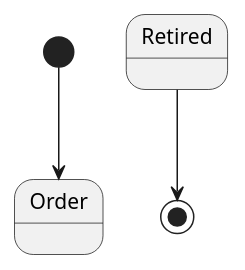
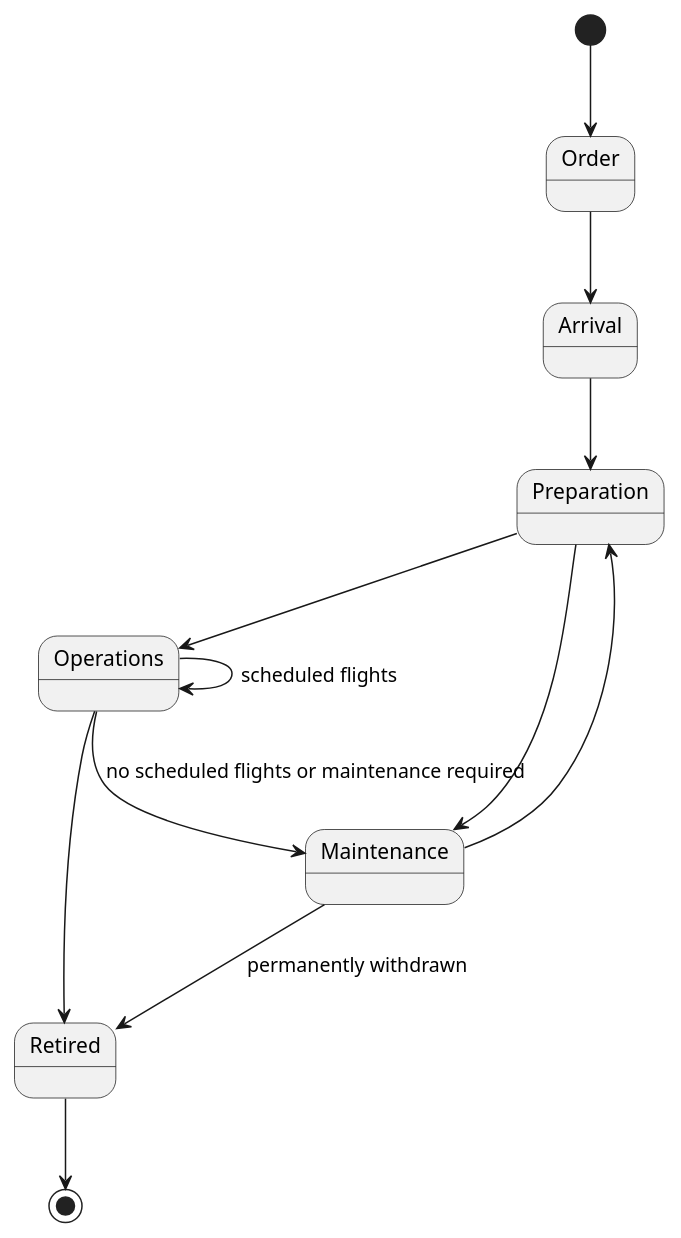
The diagram in results/plantuml_pipeline/runs/open_source__deepseek_r1_14b__rag_validation_generator_critic_repair/case_65_plane/run_01.repair_01.puml (maimunafaria/State_transition_Diagram_generated_by_LLM), drawn with PlantUML before and after one commit. The commit also changed 584 other files, not shown here.

```diff
--- a/results/plantuml_pipeline/runs/open_source__deepseek_r1_14b__rag_validation_generator_critic_repair/case_65_plane/run_01.repair_01.puml
+++ b/results/plantuml_pipeline/runs/open_source__deepseek_r1_14b__rag_validation_generator_critic_repair/case_65_plane/run_01.repair_01.puml
@@ -1,4 +1,13 @@
 @startuml
 [*] --> Order
+Order --> Arrival
+Arrival --> Preparation
+Preparation --> Operations
+Preparation --> Maintenance
+Operations --> Operations : scheduled flights
+Operations --> Maintenance : no scheduled flights or maintenance required
+Maintenance --> Preparation
+Maintenance --> Retired : permanently withdrawn
+Operations --> Retired
 Retired --> [*]
 @enduml
```
